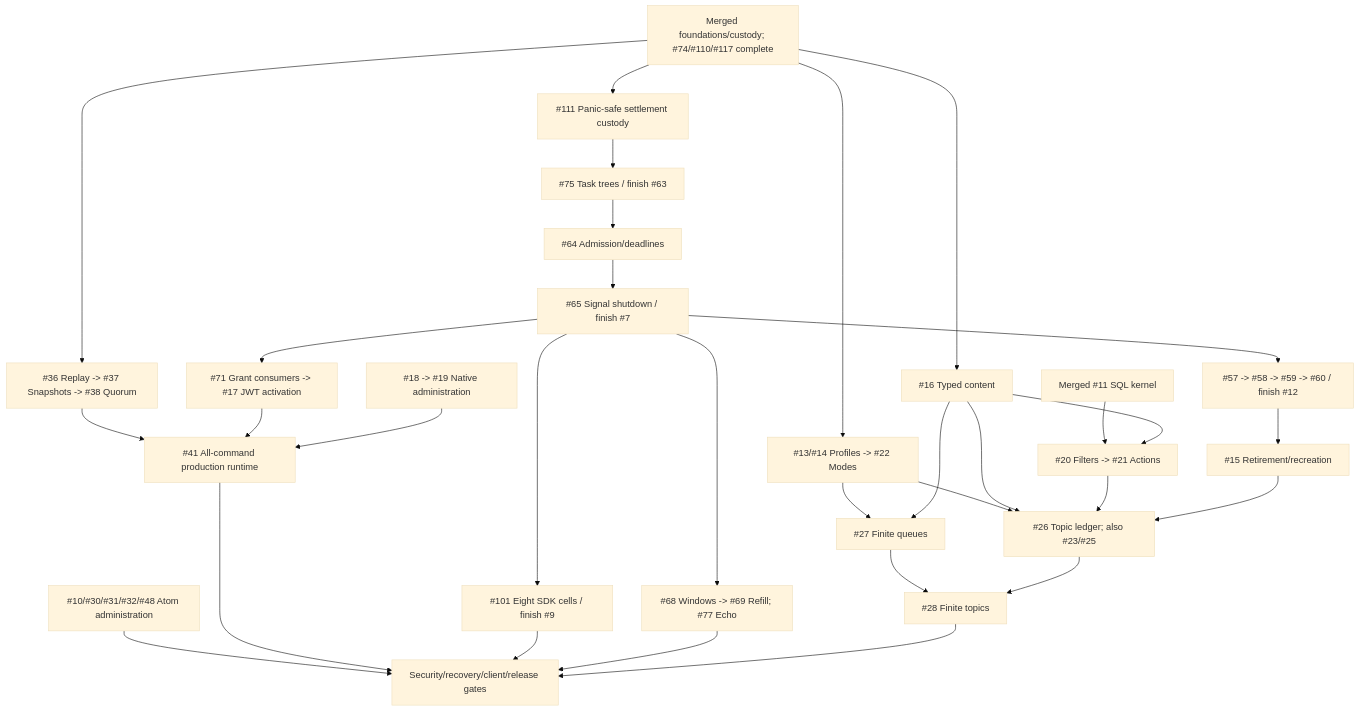
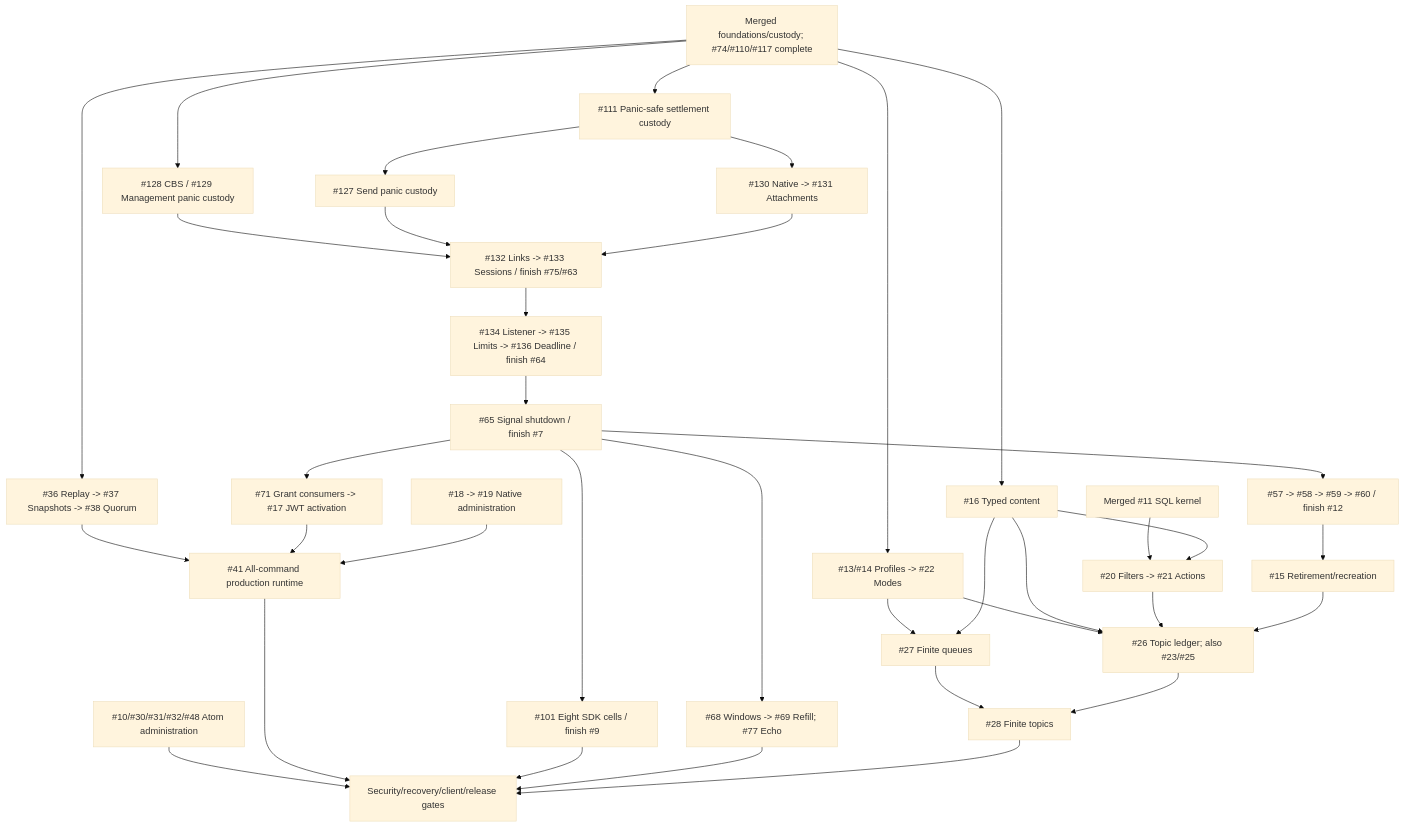
One commit to DeandreT/switchyard changed the diagram in docs/roadmap.md. Above: the diagram before and after it, drawn with Mermaid (base theme). The commit also changed other lines of this file, not shown here.

````diff
--- a/docs/roadmap.md
+++ b/docs/roadmap.md
@@ -71,33 +73,38 @@
 ```mermaid
 flowchart TD
     Main["Merged foundations/custody; #74/#110/#117 complete"] --> Panic["#111 Panic-safe settlement custody"]
-    Panic --> Trees["#75 Task trees / finish #63"]
-    Trees --> Admission["#64 Admission/deadlines"]
+    Main --> Leaves["#128 CBS / #129 Management panic custody"]
+    Panic --> Send["#127 Send panic custody"]
+    Panic --> Native["#130 Native -> #131 Attachments"]
+    Leaves --> Trees["#132 Links -> #133 Sessions / finish #75/#63"]
+    Send --> Trees
+    Native --> Trees
+    Trees --> Admission["#134 Listener -> #135 Limits -> #136 Deadline / finish #64"]
     Admission --> Signals["#65 Signal shutdown / finish #7"]
     Signals --> Authority["#57 -> #58 -> #59 -> #60 / finish #12"]
     Authority --> Delete["#15 Retirement/recreation"]
     Signals --> Grants["#71 Grant consumers -> #17 JWT activation"]
     Signals --> Matrix["#101 Eight SDK cells / finish #9"]
     Signals --> Windows["#68 Windows -> #69 Refill; #77 Echo"]
     Main --> Profiles["#13/#14 Profiles -> #22 Modes"]
     Main --> Content["#16 Typed content"]
     Kernel["Merged #11 SQL kernel"] --> Rules["#20 Filters -> #21 Actions"]
     Content --> Rules
     Profiles --> Queue["#27 Finite queues"]
     Content --> Queue
     Profiles --> Ledger["#26 Topic ledger; also #23/#25"]
     Content --> Ledger
     Rules --> Ledger
     Delete --> Ledger
     Queue --> Topic["#28 Finite topics"]
     Ledger --> Topic
     Main --> Log["#36 Replay -> #37 Snapshots -> #38 Quorum"]
     Log --> Runtime["#41 All-command production runtime"]
     Grants --> Runtime
     Admin["#18 -> #19 Native administration"] --> Runtime
     Atom["#10/#30/#31/#32/#48 Atom administration"] --> Gates
     Runtime --> Gates["Security/recovery/client/release gates"]
     Matrix --> Gates
     Windows --> Gates
     Topic --> Gates
 ```
````
